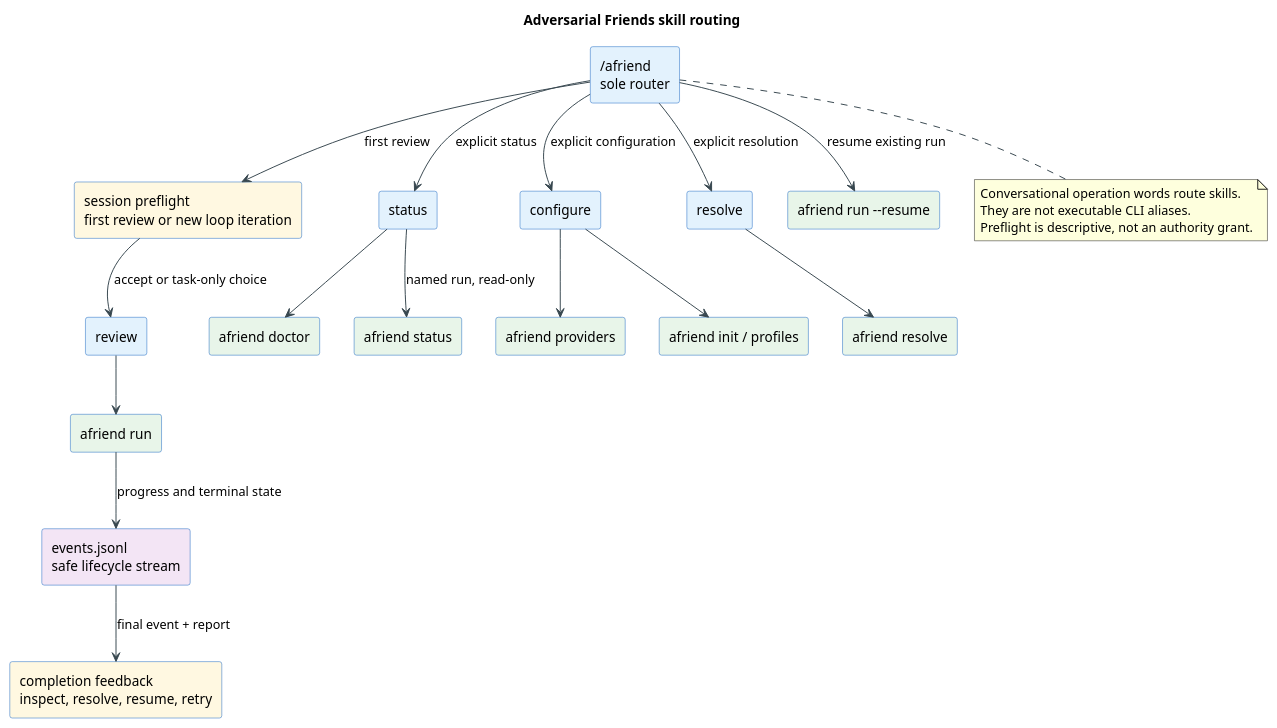
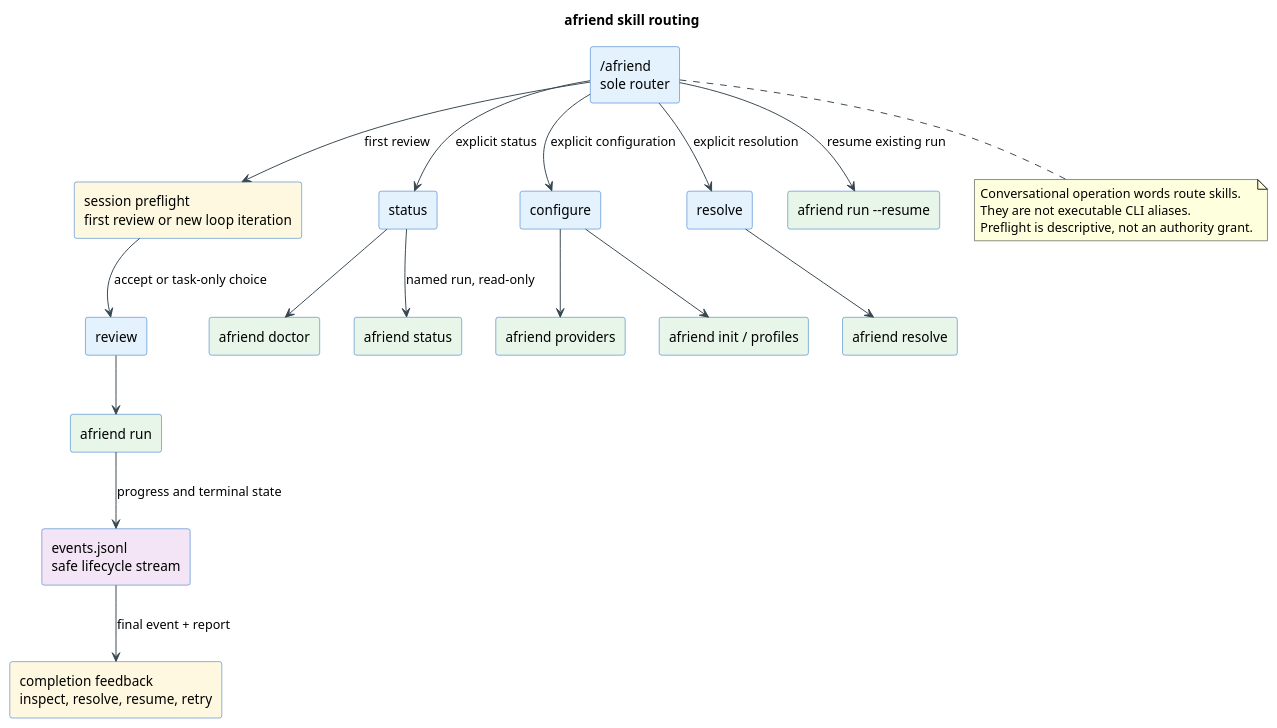
The diagram in docs/architecture/skill-routing.puml (livingstaccato/adversarial-friends), drawn with PlantUML before and after one commit. The commit also changed 265 other files, not shown here.

```diff
--- a/docs/architecture/skill-routing.puml
+++ b/docs/architecture/skill-routing.puml
@@ -1,47 +1,47 @@
 @startuml skill-routing
 skinparam backgroundColor #FFFFFF
 skinparam shadowing false
 skinparam defaultFontName Helvetica
 skinparam ArrowColor #37474F
 skinparam rectangle {
   BorderColor #1565C0
   BackgroundColor #E3F2FD
 }
-title Adversarial Friends skill routing
+title afriend skill routing
 
 rectangle "/afriend\nsole router" as router
 rectangle "session preflight\nfirst review or new loop iteration" as preflight #FFF8E1
 rectangle "review" as review
 rectangle "status" as status
 rectangle "configure" as configure
 rectangle "resolve" as resolve
 rectangle "afriend run" as run #E8F5E9
 rectangle "events.jsonl\nsafe lifecycle stream" as events #F3E5F5
 rectangle "completion feedback\ninspect, resolve, resume, retry" as feedback #FFF8E1
 rectangle "afriend doctor" as doctor #E8F5E9
 rectangle "afriend status" as runstatus #E8F5E9
 rectangle "afriend providers" as providers #E8F5E9
 rectangle "afriend init / profiles" as setup #E8F5E9
 rectangle "afriend resolve" as resolution #E8F5E9
 rectangle "afriend run --resume" as resume #E8F5E9
 
 router --> preflight : first review
 preflight --> review : accept or task-only choice
 router --> status : explicit status
 router --> configure : explicit configuration
 router --> resolve : explicit resolution
 router --> resume : resume existing run
 review --> run
 run --> events : progress and terminal state
 events --> feedback : final event + report
 status --> doctor
 status --> runstatus : named run, read-only
 configure --> providers
 configure --> setup
 resolve --> resolution
 note bottom of router
   Conversational operation words route skills.
   They are not executable CLI aliases.
   Preflight is descriptive, not an authority grant.
 end note
 @enduml
```
